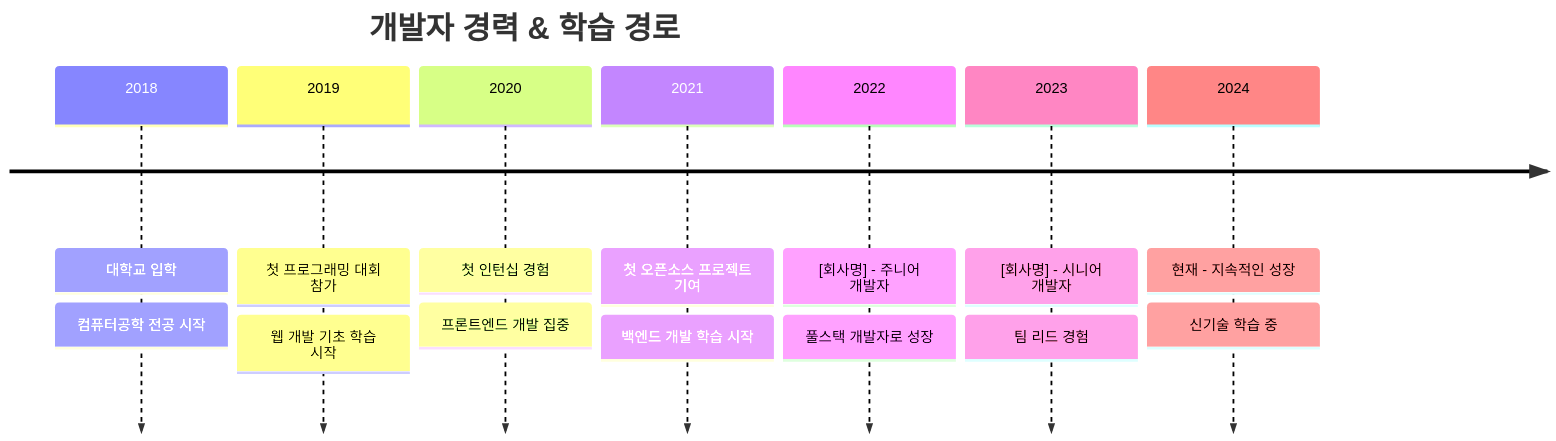
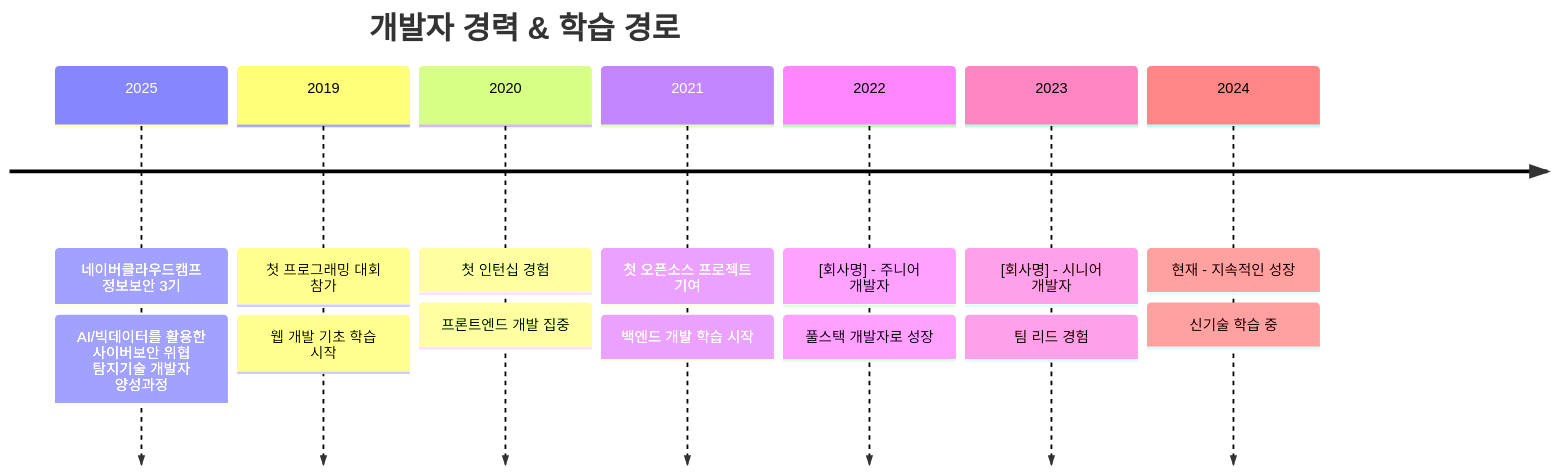
One commit to realblack116/realblack116.github.io changed the diagram in README.md. Above: the diagram before and after it, drawn with Mermaid. The commit also changed other lines of this file, not shown here.

````diff
--- a/README.md
+++ b/README.md
@@ -181,18 +151,18 @@
 ```mermaid
 timeline
     title 개발자 경력 & 학습 경로
-    2018 : 대학교 입학
-          : 컴퓨터공학 전공 시작
+    2025 : 네이버클라우드캠프 정보보안 3기
+          : AI/빅데이터를 활용한 사이버보안 위협 탐지기술 개발자 양성과정
     2019 : 첫 프로그래밍 대회 참가
           : 웹 개발 기초 학습 시작
     2020 : 첫 인턴십 경험
           : 프론트엔드 개발 집중
     2021 : 첫 오픈소스 프로젝트 기여
           : 백엔드 개발 학습 시작
     2022 : [회사명] - 주니어 개발자
           : 풀스택 개발자로 성장
     2023 : [회사명] - 시니어 개발자
           : 팀 리드 경험
     2024 : 현재 - 지속적인 성장
           : 신기술 학습 중
 ```
````
